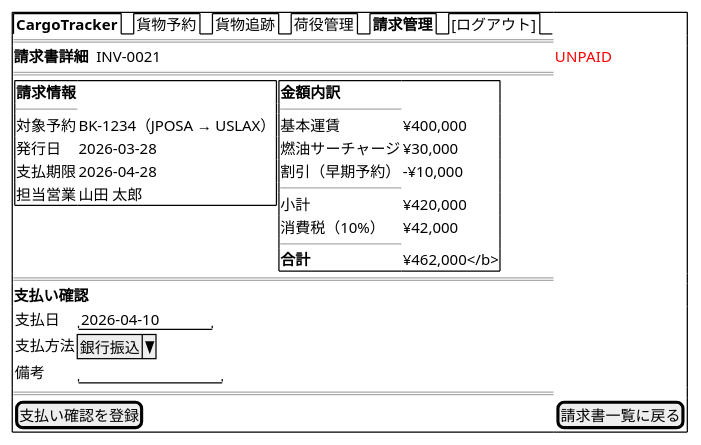
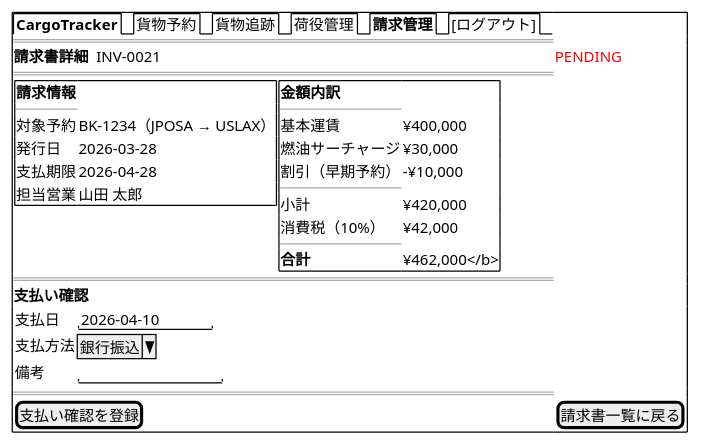
Before and after one commit to k2works/case-study-cargo-tracker: diagram 15 of 15 in docs/design/ui_design.md, drawn with PlantUML. The commit also changed other lines of this file, not shown here.

````diff
--- a/docs/design/ui_design.md
+++ b/docs/design/ui_design.md
@@ -741,41 +746,41 @@
 ```plantuml
 @startsalt
 {+
   {/ <b>CargoTracker</b> | 貨物予約 | 貨物追跡 | 荷役管理 | <b>請求管理</b> | [ログアウト] }
   ==
-  <b>請求書詳細</b>  INV-0021  |  <color:red>UNPAID</color>
+  <b>請求書詳細</b>  INV-0021  |  <color:red>PENDING</color>
   ==
   {
     {+
       <b>請求情報</b>
       ----
       対象予約   | BK-1234（JPOSA → USLAX）
       発行日     | 2026-03-28
       支払期限   | 2026-04-28
       担当営業   | 山田 太郎
     } |
     {+
       <b>金額内訳</b>
       ----
       基本運賃   | ¥400,000
       燃油サーチャージ | ¥30,000
       割引（早期予約） | -¥10,000
       ----
       小計       | ¥420,000
       消費税（10%）   | ¥42,000
       ----
       <b>合計     | ¥462,000</b>
     }
   }
   ==
   <b>支払い確認</b>
   {
     支払日    | "2026-04-10   "
     支払方法  | ^銀行振込^
     備考      | "              "
   }
   ==
   [支払い確認を登録] | [請求書一覧に戻る]
 }
 @endsalt
 ```
````
